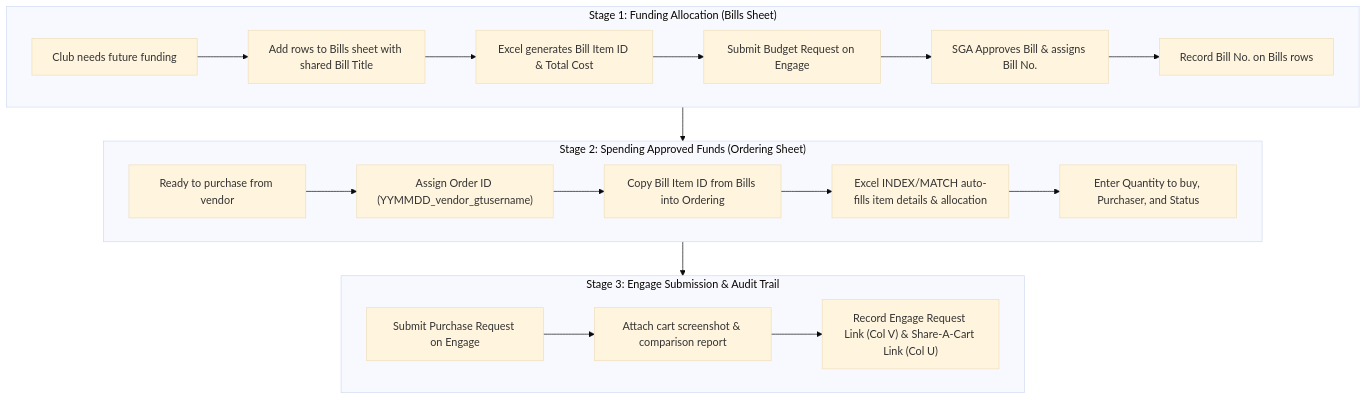
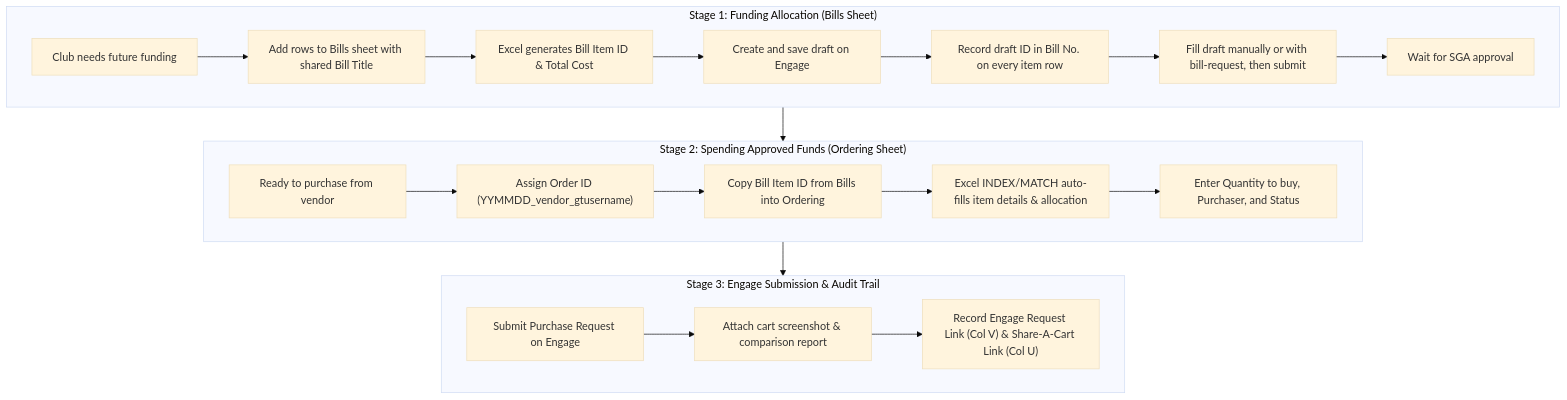
Before and after one commit to gt-marine-robotics-group/finance: the diagram in docs/user/WORKFLOW_GUIDE.md, drawn with Mermaid (base theme). The commit also changed other lines of this file and 5 other files, not shown here.

Commit message:
Require Engage draft ID before bill request preparation

````diff
--- a/docs/user/WORKFLOW_GUIDE.md
+++ b/docs/user/WORKFLOW_GUIDE.md
@@ -11,25 +11,26 @@
 ```mermaid
 flowchart TD
     subgraph Stage1["Stage 1: Funding Allocation (Bills Sheet)"]
         B1["Club needs future funding"] --> B2["Add rows to Bills sheet with shared Bill Title"]
         B2 --> B3["Excel generates Bill Item ID & Total Cost"]
-        B3 --> B4["Submit Budget Request on Engage"]
-        B4 --> B5["SGA Approves Bill & assigns Bill No."]
-        B5 --> B6["Record Bill No. on Bills rows"]
+        B3 --> B4["Create and save draft on Engage"]
+        B4 --> B5["Record draft ID in Bill No. on every item row"]
+        B5 --> B6["Fill draft manually or with bill-request, then submit"]
+        B6 --> B7["Wait for SGA approval"]
     end
 
     subgraph Stage2["Stage 2: Spending Approved Funds (Ordering Sheet)"]
         O1["Ready to purchase from vendor"] --> O2["Assign Order ID (YYMMDD_vendor_gtusername)"]
         O2 --> O3["Copy Bill Item ID from Bills into Ordering"]
         O3 --> O4["Excel INDEX/MATCH auto-fills item details & allocation"]
         O4 --> O5["Enter Quantity to buy, Purchaser, and Status"]
     end
 
     subgraph Stage3["Stage 3: Engage Submission & Audit Trail"]
         S1["Submit Purchase Request on Engage"] --> S2["Attach cart screenshot & comparison report"]
         S2 --> S3["Record Engage Request Link (Col V) & Share-A-Cart Link (Col U)"]
     end
 
     Stage1 --> Stage2
     Stage2 --> Stage3
 ```
````
